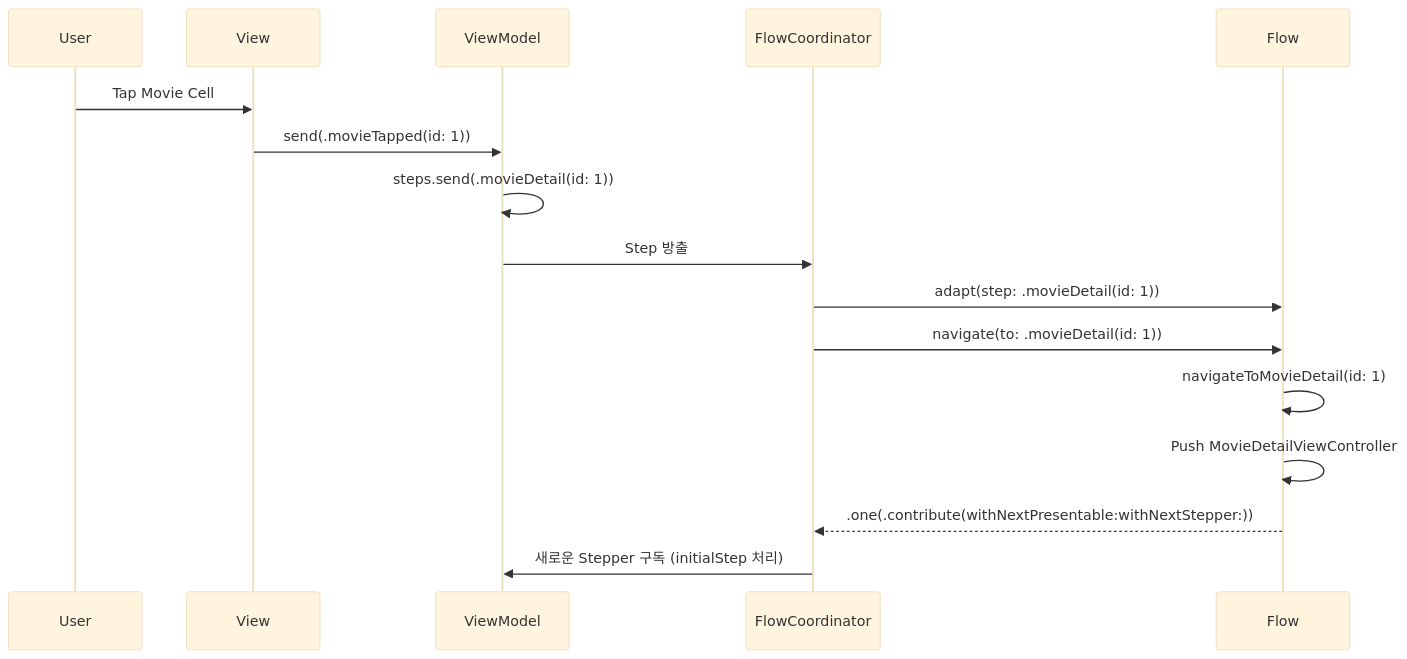
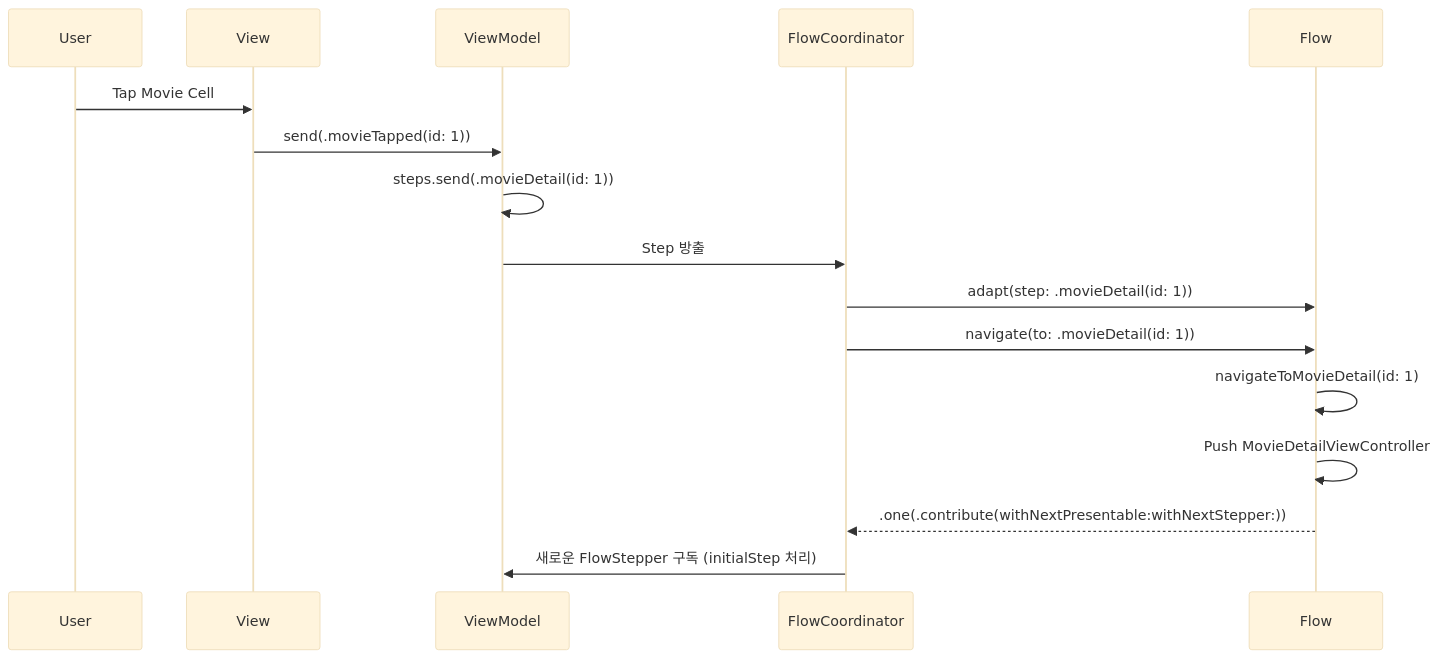
One commit to Jimmy-Jung/AsyncFlow changed the diagram in README.md. Above: the diagram before and after it, drawn with Mermaid (base theme). The commit also changed other lines of this file, not shown here.

First line of the commit message:
docs: [README] AsyncFlow 문서 업데이트

````diff
--- a/README.md
+++ b/README.md
@@ -468,19 +468,19 @@
 ```mermaid
 sequenceDiagram
     participant User
     participant View
     participant ViewModel
     participant Coordinator as FlowCoordinator
     participant Flow
     
     User->>View: Tap Movie Cell
     View->>ViewModel: send(.movieTapped(id: 1))
     ViewModel->>ViewModel: steps.send(.movieDetail(id: 1))
     ViewModel->>Coordinator: Step 방출
     Coordinator->>Flow: adapt(step: .movieDetail(id: 1))
     Coordinator->>Flow: navigate(to: .movieDetail(id: 1))
     Flow->>Flow: navigateToMovieDetail(id: 1)
     Flow->>Flow: Push MovieDetailViewController
     Flow-->>Coordinator: .one(.contribute(withNextPresentable:withNextStepper:))
-    Coordinator->>ViewModel: 새로운 Stepper 구독 (initialStep 처리)
+    Coordinator->>ViewModel: 새로운 FlowStepper 구독 (initialStep 처리)
 ```
````
